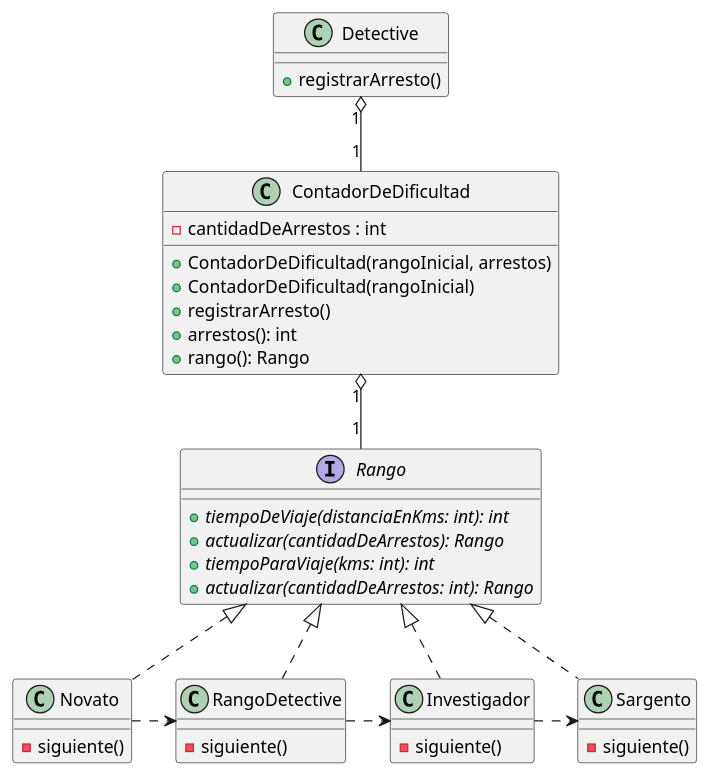
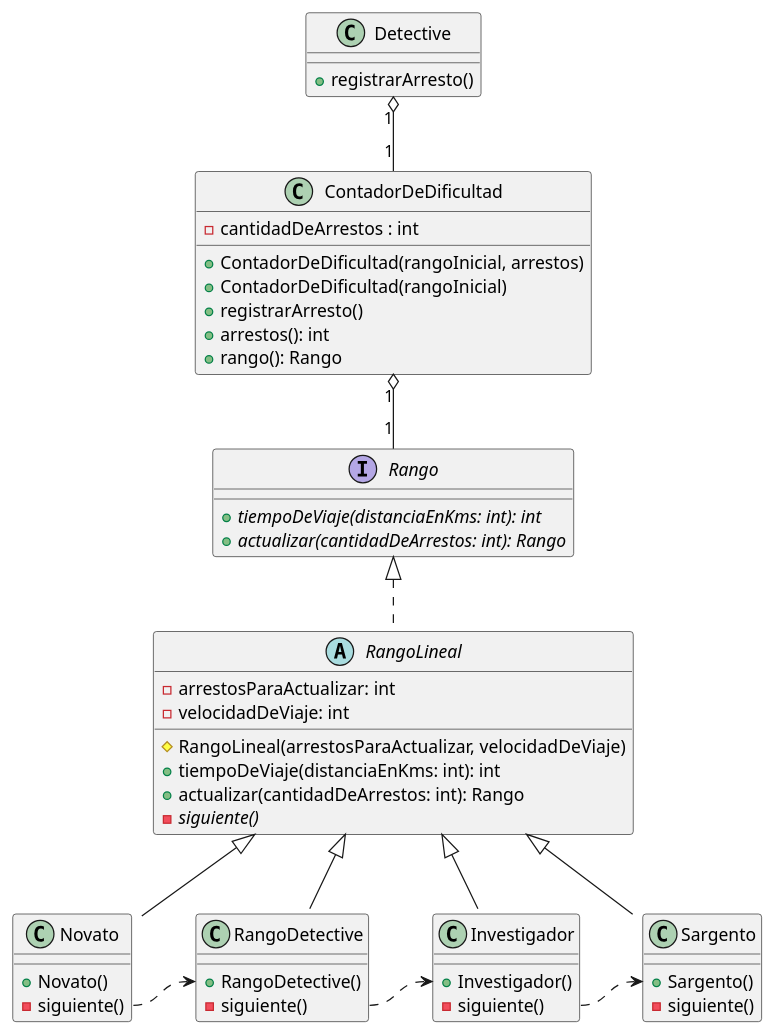
The diagram in diagrams/classes/clase_rango.plantuml (MegaRedHand/algo-thief), drawn with PlantUML before and after one commit. The commit also changed 7 other files, not shown here.

First line of the commit message:
docs: actualizo diagramas de clase

```diff
--- a/diagrams/classes/clase_rango.plantuml
+++ b/diagrams/classes/clase_rango.plantuml
@@ -1,45 +1,53 @@
 @startuml
 
 class Detective {
     + registrarArresto()
 }
 
 interface Rango {
     + {abstract} tiempoDeViaje(distanciaEnKms: int): int
-    + {abstract} actualizar(cantidadDeArrestos): Rango
+    + {abstract} actualizar(cantidadDeArrestos: int): Rango
 }
 
-class Novato implements Rango {
+abstract class RangoLineal implements Rango {
+    - arrestosParaActualizar: int
+    - velocidadDeViaje: int
+    # RangoLineal(arrestosParaActualizar, velocidadDeViaje)
+    + tiempoDeViaje(distanciaEnKms: int): int
+    + actualizar(cantidadDeArrestos: int): Rango
+    - {abstract} siguiente()
+}
+
+class Novato extends RangoLineal {
+    + Novato()
     - siguiente()
 }
-class RangoDetective implements Rango {
+class RangoDetective extends RangoLineal {
+    + RangoDetective()
     - siguiente()
 }
-class Investigador implements Rango {
+class Investigador extends RangoLineal {
+    + Investigador()
     - siguiente()
 }
-class Sargento implements Rango {
+class Sargento extends RangoLineal {
+    + Sargento()
     - siguiente()
 }
 
 class ContadorDeDificultad {
     - cantidadDeArrestos : int
     + ContadorDeDificultad(rangoInicial, arrestos)
     + ContadorDeDificultad(rangoInicial)
     + registrarArresto()
     + arrestos(): int
     + rango(): Rango
 }
 
-interface Rango {
-    + {abstract}tiempoParaViaje(kms: int): int
-    + {abstract}actualizar(cantidadDeArrestos: int): Rango
-}
-
 Detective "1" o-- "1" ContadorDeDificultad
 ContadorDeDificultad "1" o-- "1" Rango
-Novato .> RangoDetective
-RangoDetective .> Investigador
-Investigador .> Sargento
+Novato::siguiente .> RangoDetective::RangoDetective
+RangoDetective::siguiente .> Investigador::Investigador
+Investigador::siguiente .> Sargento::Sargento
 
 @enduml
```
